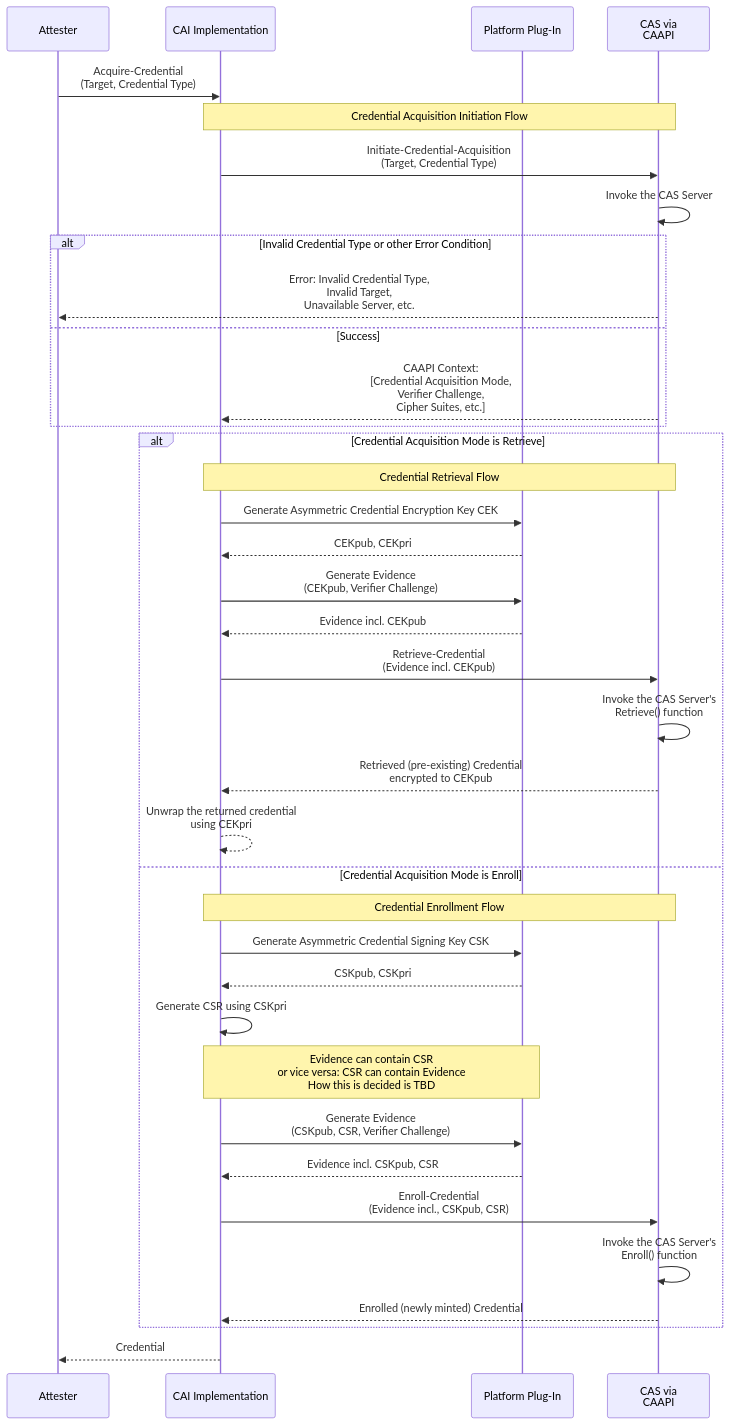
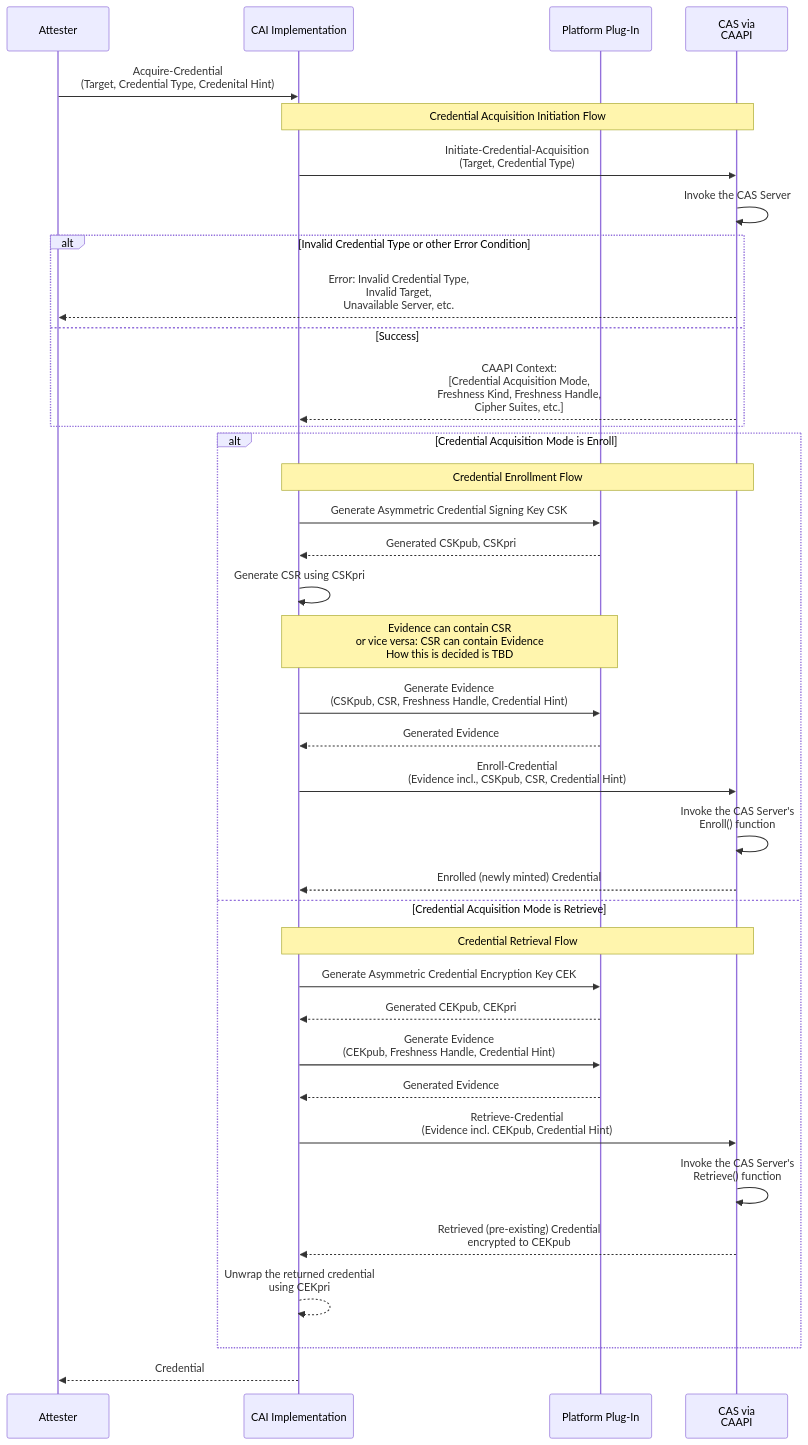
Before and after one commit to TWI-Unified-Model/tacra: the diagram in cai/acquire.mmd, drawn with Mermaid. The commit also changed 13 other files, not shown here.

Commit message:
Added freshness handle and freshness kind

```diff
--- a/cai/acquire.mmd
+++ b/cai/acquire.mmd
@@ -1,39 +1,39 @@
 %% Acquire-Credential API
 sequenceDiagram
     participant A as Attester
     participant CAI as CAI Implementation
     participant PL as Platform Plug-In
     participant CAS as CAS via<br/>CAAPI
 
-    A->>CAI: Acquire-Credential<br/>(Target, Credential Type)
+    A->>CAI: Acquire-Credential<br/>(Target, Credential Type, Credenital Hint)
     note over CAI, CAS: Credential Acquisition Initiation Flow
     CAI->>CAS: Initiate-Credential-Acquisition<br/>(Target, Credential Type)
     CAS->>CAS: Invoke the CAS Server
     alt Invalid Credential Type or other Error Condition
         CAS-->>A: Error: Invalid Credential Type,<br/>Invalid Target,<br/>Unavailable Server, etc.
     else Success
-        CAS-->>CAI: CAAPI Context:<br/>[Credential Acquisition Mode,<br/>Verifier Challenge,<br/>Cipher Suites, etc.]
+        CAS-->>CAI: CAAPI Context:<br/>[Credential Acquisition Mode,<br/>Freshness Kind, Freshness Handle,<br/>Cipher Suites, etc.]
     end
-    alt Credential Acquisition Mode is Retrieve
+    alt Credential Acquisition Mode is Enroll
+        note over CAI, CAS: Credential Enrollment Flow
+        CAI->>PL: Generate Asymmetric Credential Signing Key CSK
+        PL-->>CAI: Generated CSKpub, CSKpri
+        CAI->>CAI: Generate CSR using CSKpri
+        note over CAI, PL: Evidence can contain CSR<br/>or vice versa: CSR can contain Evidence<br/>How this is decided is TBD
+        CAI->>PL: Generate Evidence<br/>(CSKpub, CSR, Freshness Handle, Credential Hint)
+        PL-->>CAI: Generated Evidence
+        CAI->>CAS: Enroll-Credential<br/>(Evidence incl., CSKpub, CSR, Credential Hint)
+        CAS->>CAS: Invoke the CAS Server's<br/>Enroll() function
+        CAS-->>CAI: Enrolled (newly minted) Credential
+    else Credential Acquisition Mode is Retrieve
         note over CAI, CAS: Credential Retrieval Flow
         CAI->>PL: Generate Asymmetric Credential Encryption Key CEK
-        PL-->>CAI: CEKpub, CEKpri
-        CAI->>PL: Generate Evidence<br/>(CEKpub, Verifier Challenge)
-        PL-->>CAI: Evidence incl. CEKpub
-        CAI->>CAS: Retrieve-Credential<br/>(Evidence incl. CEKpub)
+        PL-->>CAI: Generated CEKpub, CEKpri
+        CAI->>PL: Generate Evidence<br/>(CEKpub, Freshness Handle, Credential Hint)
+        PL-->>CAI: Generated Evidence
+        CAI->>CAS: Retrieve-Credential<br/>(Evidence incl. CEKpub, Credential Hint)
         CAS->>CAS: Invoke the CAS Server's<br/>Retrieve() function
         CAS-->>CAI: Retrieved (pre-existing) Credential<br/>encrypted to CEKpub
         CAI-->>CAI: Unwrap the returned credential<br/>using CEKpri
-    else Credential Acquisition Mode is Enroll
-        note over CAI, CAS: Credential Enrollment Flow
-        CAI->>PL: Generate Asymmetric Credential Signing Key CSK
-        PL-->>CAI: CSKpub, CSKpri
-        CAI->>CAI: Generate CSR using CSKpri
-        note over CAI, PL: Evidence can contain CSR<br/>or vice versa: CSR can contain Evidence<br/>How this is decided is TBD
-        CAI->>PL: Generate Evidence<br/>(CSKpub, CSR, Verifier Challenge)
-        PL-->>CAI: Evidence incl. CSKpub, CSR
-        CAI->>CAS: Enroll-Credential<br/>(Evidence incl., CSKpub, CSR)
-        CAS->>CAS: Invoke the CAS Server's<br/>Enroll() function
-        CAS-->>CAI: Enrolled (newly minted) Credential
     end
     CAI-->>A: Credential
```
